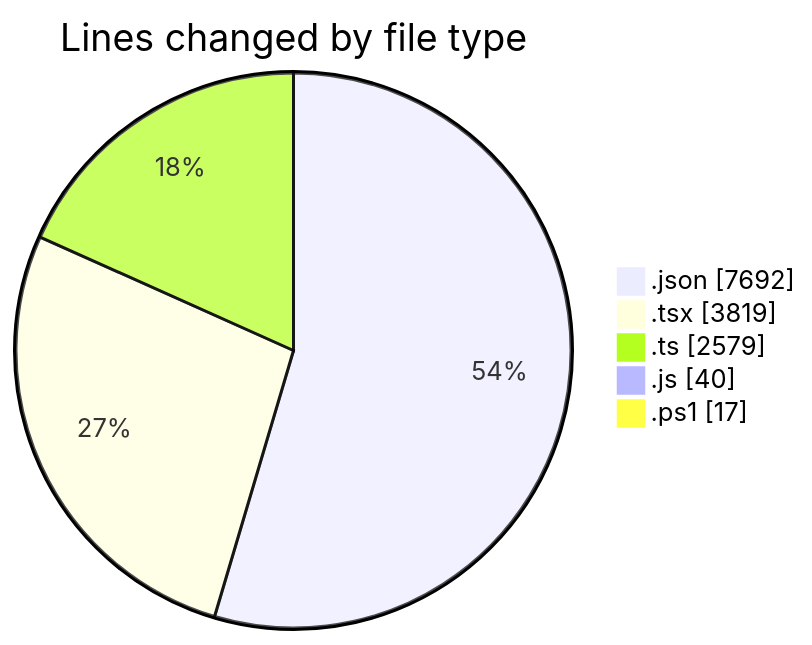
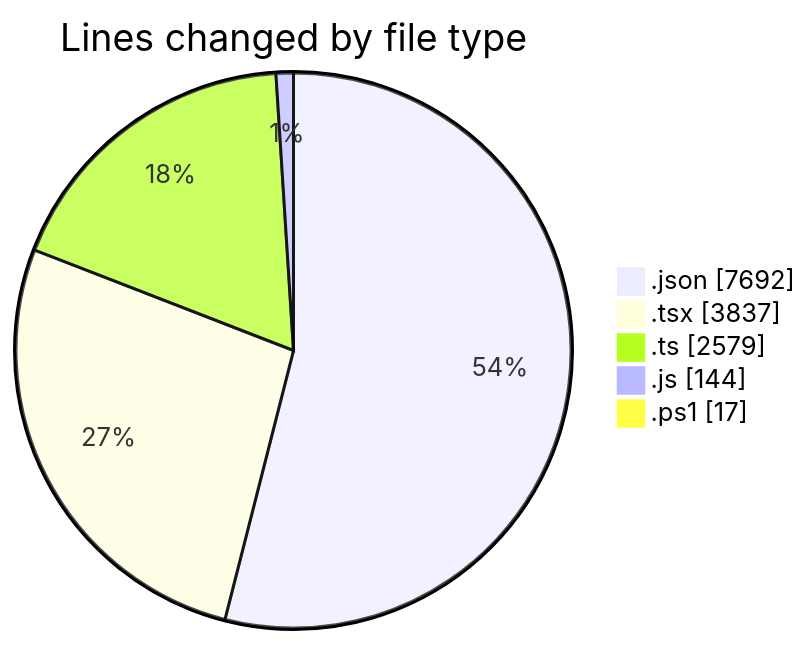
The first of 2 diagrams in 2025-06-10/ecodeli-1/README.md (CELIANVF/code-tracking), drawn with Mermaid before and after one commit. The commit also changed other lines of this file and 1 other file, not shown here.

````diff
--- a/2025-06-10/ecodeli-1/README.md
+++ b/2025-06-10/ecodeli-1/README.md
@@ -41,9 +42,9 @@
 ```mermaid
 pie showData
 title Lines changed by file type
 ".json" : 7692
-".tsx" : 3819
+".tsx" : 3837
 ".ts" : 2579
-".js" : 40
+".js" : 144
 ".ps1" : 17
 ```
````
